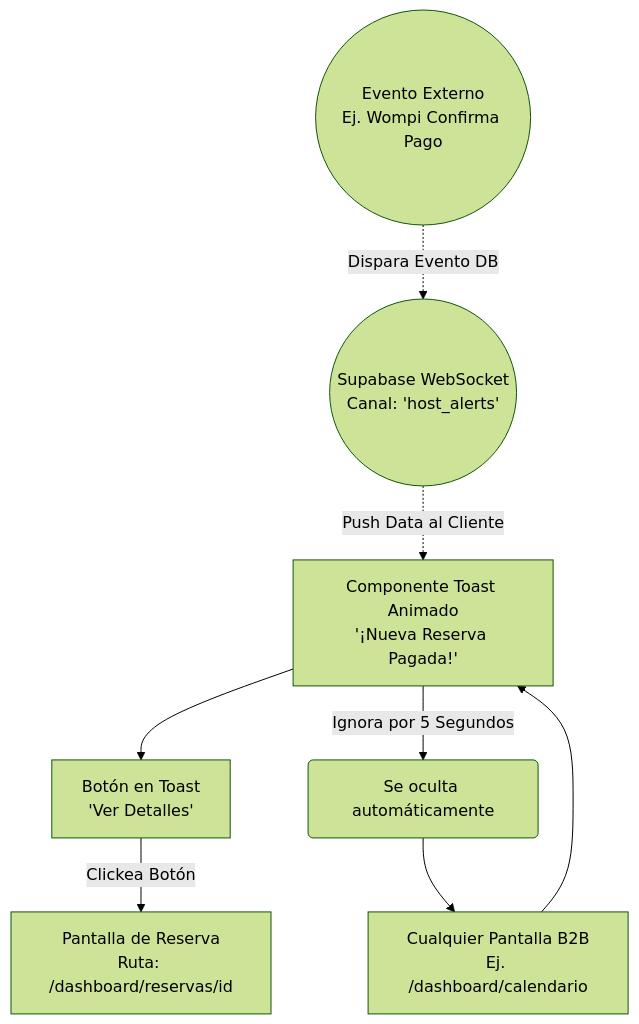
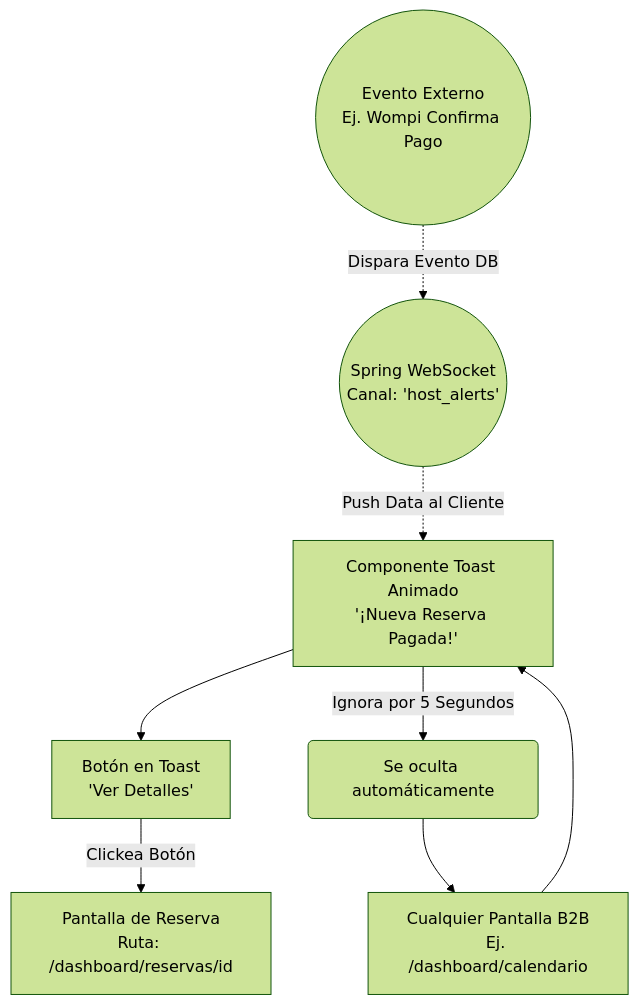
Before and after one commit to camilolayos54-dotcom/NosFuimosdeFinca: the second of 2 diagrams in docs/04-system-modeling/02.User_Flows_Task_Flows/modules/MOD-NOT_flows.md, drawn with Mermaid (forest theme). The commit also changed other lines of this file and 38 other files, not shown here.

````diff
--- a/docs/04-system-modeling/02.User_Flows_Task_Flows/modules/MOD-NOT_flows.md
+++ b/docs/04-system-modeling/02.User_Flows_Task_Flows/modules/MOD-NOT_flows.md
@@ -65,25 +65,25 @@
 ```mermaid
 flowchart TD
     %% Nodos Lógicos/Asíncronos
     ExternalTrigger((Evento Externo<br>Ej. Wompi Confirma Pago))
-    SupabaseRealtime((Supabase WebSocket<br>Canal: 'host_alerts'))
+    SpringWebSocket((Spring WebSocket<br>Canal: 'host_alerts'))
     
     %% Nodos UI
     CurrentUI[Cualquier Pantalla B2B<br>Ej. /dashboard/calendario]
     ToastUI[Componente Toast Animado<br>'¡Nueva Reserva Pagada!']
     ActionBtnUI[Botón en Toast<br>'Ver Detalles']
     DestinationUI[Pantalla de Reserva<br>Ruta: /dashboard/reservas/id]
     
     %% Flujo Asíncrono Hacia el Cliente
-    ExternalTrigger -.-> |Dispara Evento DB| SupabaseRealtime
-    SupabaseRealtime -.-> |Push Data al Cliente| ToastUI
+    ExternalTrigger -.-> |Dispara Evento DB| SpringWebSocket
+    SpringWebSocket -.-> |Push Data al Cliente| ToastUI
     
     %% Interacción del Usuario
     CurrentUI --> ToastUI
     ToastUI --> ActionBtnUI
     
     %% Decisión del Usuario
     ActionBtnUI --> |Clickea Botón| DestinationUI
     ToastUI --> |Ignora por 5 Segundos| AutoClose(Se oculta automáticamente)
     AutoClose --> CurrentUI
 ```
````
